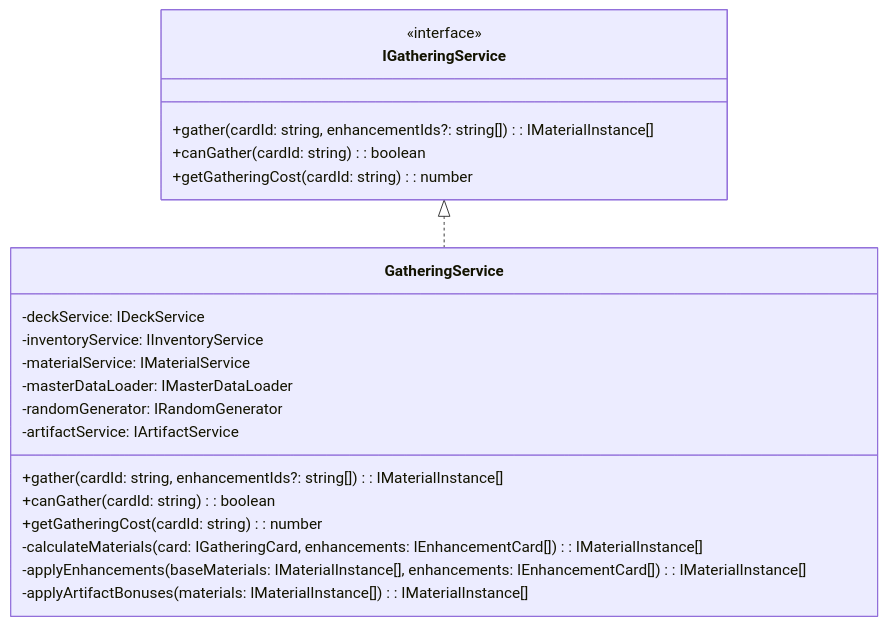
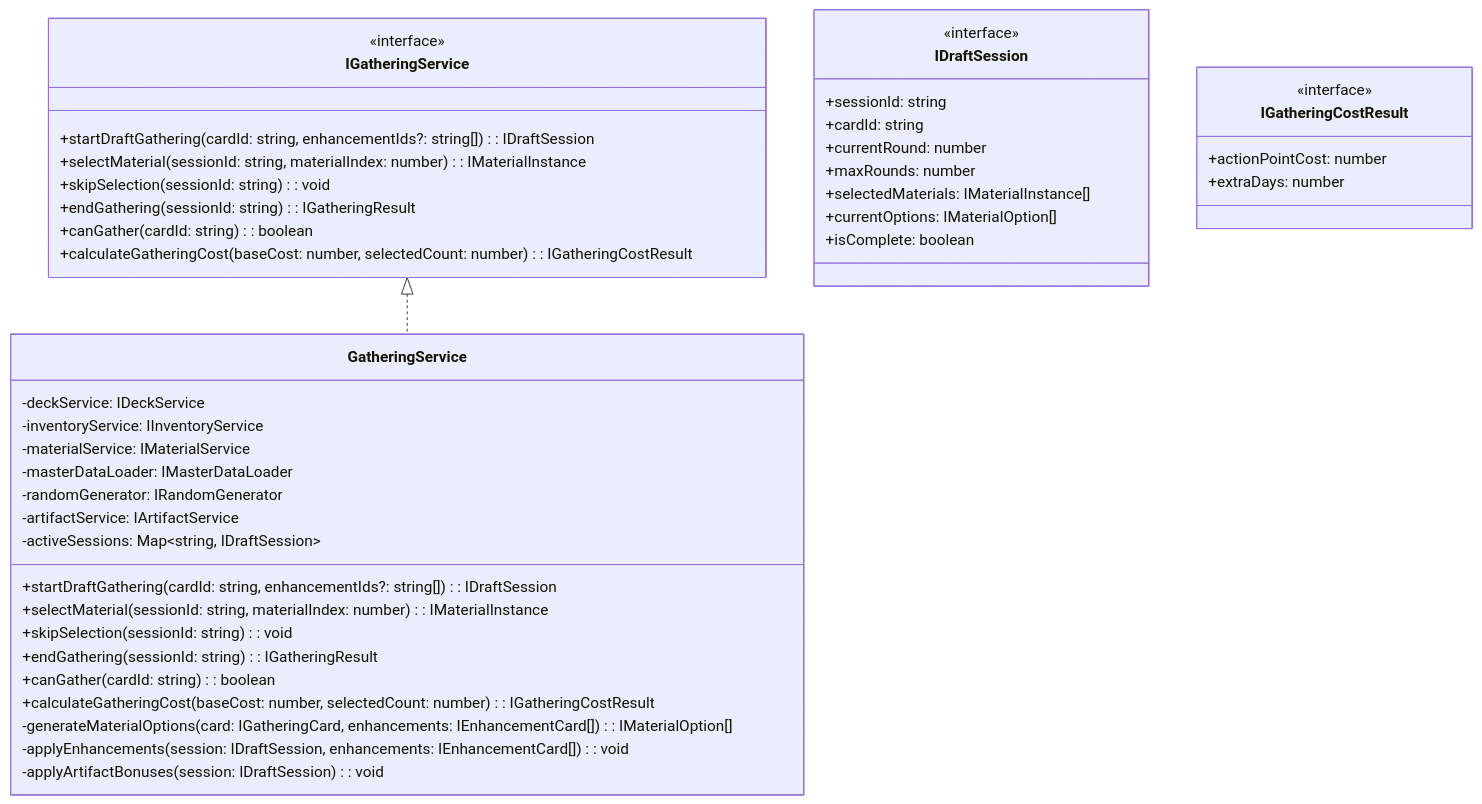
One commit to yaguma/atelier changed the third of 13 diagrams in docs/design/atelier-guild-rank/core-systems.md. Above: the diagram before and after it, drawn with Mermaid. The commit also changed other lines of this file and 7 other files, not shown here.

````diff
--- a/docs/design/atelier-guild-rank/core-systems.md
+++ b/docs/design/atelier-guild-rank/core-systems.md
@@ -136,26 +136,50 @@
 ```mermaid
 classDiagram
     class IGatheringService {
         <<interface>>
-        +gather(cardId: string, enhancementIds?: string[]): IMaterialInstance[]
+        +startDraftGathering(cardId: string, enhancementIds?: string[]): IDraftSession
+        +selectMaterial(sessionId: string, materialIndex: number): IMaterialInstance
+        +skipSelection(sessionId: string): void
+        +endGathering(sessionId: string): IGatheringResult
         +canGather(cardId: string): boolean
-        +getGatheringCost(cardId: string): number
+        +calculateGatheringCost(baseCost: number, selectedCount: number): IGatheringCostResult
     }
 
     class GatheringService {
         -deckService: IDeckService
         -inventoryService: IInventoryService
         -materialService: IMaterialService
         -masterDataLoader: IMasterDataLoader
         -randomGenerator: IRandomGenerator
         -artifactService: IArtifactService
-        +gather(cardId: string, enhancementIds?: string[]): IMaterialInstance[]
+        -activeSessions: Map~string, IDraftSession~
+        +startDraftGathering(cardId: string, enhancementIds?: string[]): IDraftSession
+        +selectMaterial(sessionId: string, materialIndex: number): IMaterialInstance
+        +skipSelection(sessionId: string): void
+        +endGathering(sessionId: string): IGatheringResult
         +canGather(cardId: string): boolean
-        +getGatheringCost(cardId: string): number
-        -calculateMaterials(card: IGatheringCard, enhancements: IEnhancementCard[]): IMaterialInstance[]
-        -applyEnhancements(baseMaterials: IMaterialInstance[], enhancements: IEnhancementCard[]): IMaterialInstance[]
-        -applyArtifactBonuses(materials: IMaterialInstance[]): IMaterialInstance[]
+        +calculateGatheringCost(baseCost: number, selectedCount: number): IGatheringCostResult
+        -generateMaterialOptions(card: IGatheringCard, enhancements: IEnhancementCard[]): IMaterialOption[]
+        -applyEnhancements(session: IDraftSession, enhancements: IEnhancementCard[]): void
+        -applyArtifactBonuses(session: IDraftSession): void
+    }
+
+    class IDraftSession {
+        <<interface>>
+        +sessionId: string
+        +cardId: string
+        +currentRound: number
+        +maxRounds: number
+        +selectedMaterials: IMaterialInstance[]
+        +currentOptions: IMaterialOption[]
+        +isComplete: boolean
+    }
+
+    class IGatheringCostResult {
+        <<interface>>
+        +actionPointCost: number
+        +extraDays: number
     }
 
     IGatheringService <|.. GatheringService
 ```
````
